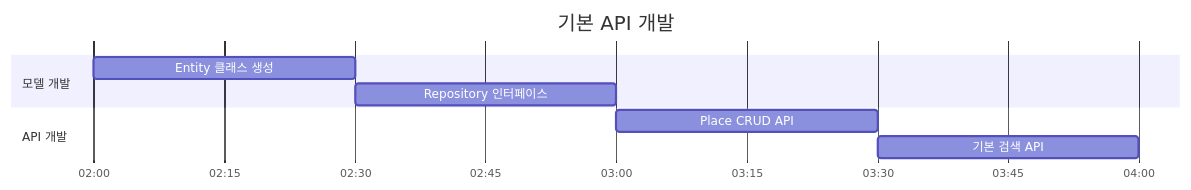
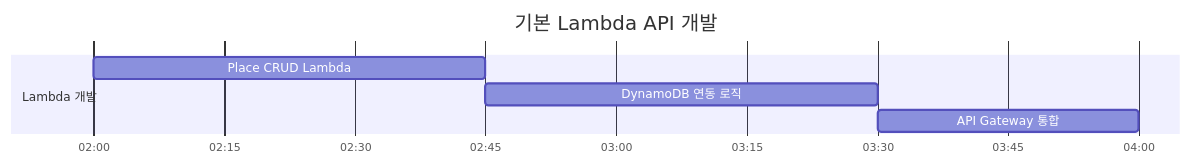
One commit to qurious-aws-hackathon/team22-aws-hackathon changed the third of 7 diagrams in backend/README.md. Above: the diagram before and after it, drawn with Mermaid. The commit also changed other lines of this file and 2 other files, not shown here.

````diff
--- a/backend/README.md
+++ b/backend/README.md
@@ -112,14 +131,11 @@
 ```mermaid
 gantt
-    title 기본 API 개발
+    title 기본 Lambda API 개발
     dateFormat HH:mm
     axisFormat %H:%M
     
-    section 모델 개발
-    Entity 클래스 생성          :api1, 02:00, 02:30
-    Repository 인터페이스       :api2, 02:30, 03:00
-    
-    section API 개발
-    Place CRUD API            :api3, 03:00, 03:30
-    기본 검색 API              :api4, 03:30, 04:00
+    section Lambda 개발
+    Place CRUD Lambda          :api1, 02:00, 02:45
+    DynamoDB 연동 로직          :api2, 02:45, 03:30
+    API Gateway 통합           :api3, 03:30, 04:00
 ```
````
